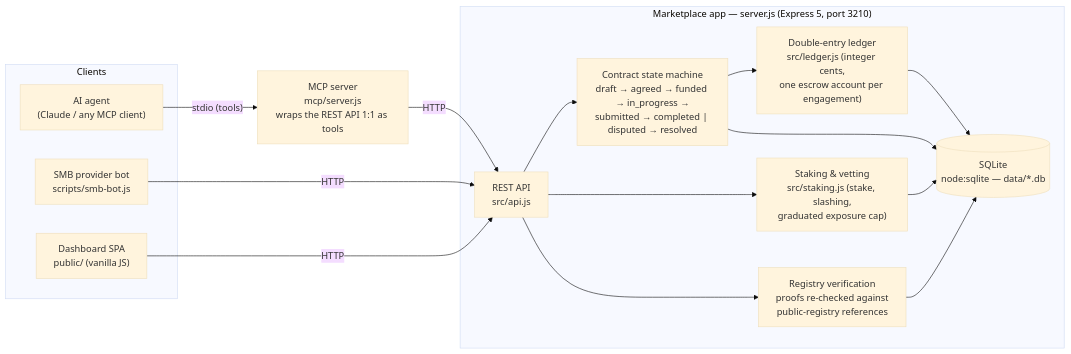
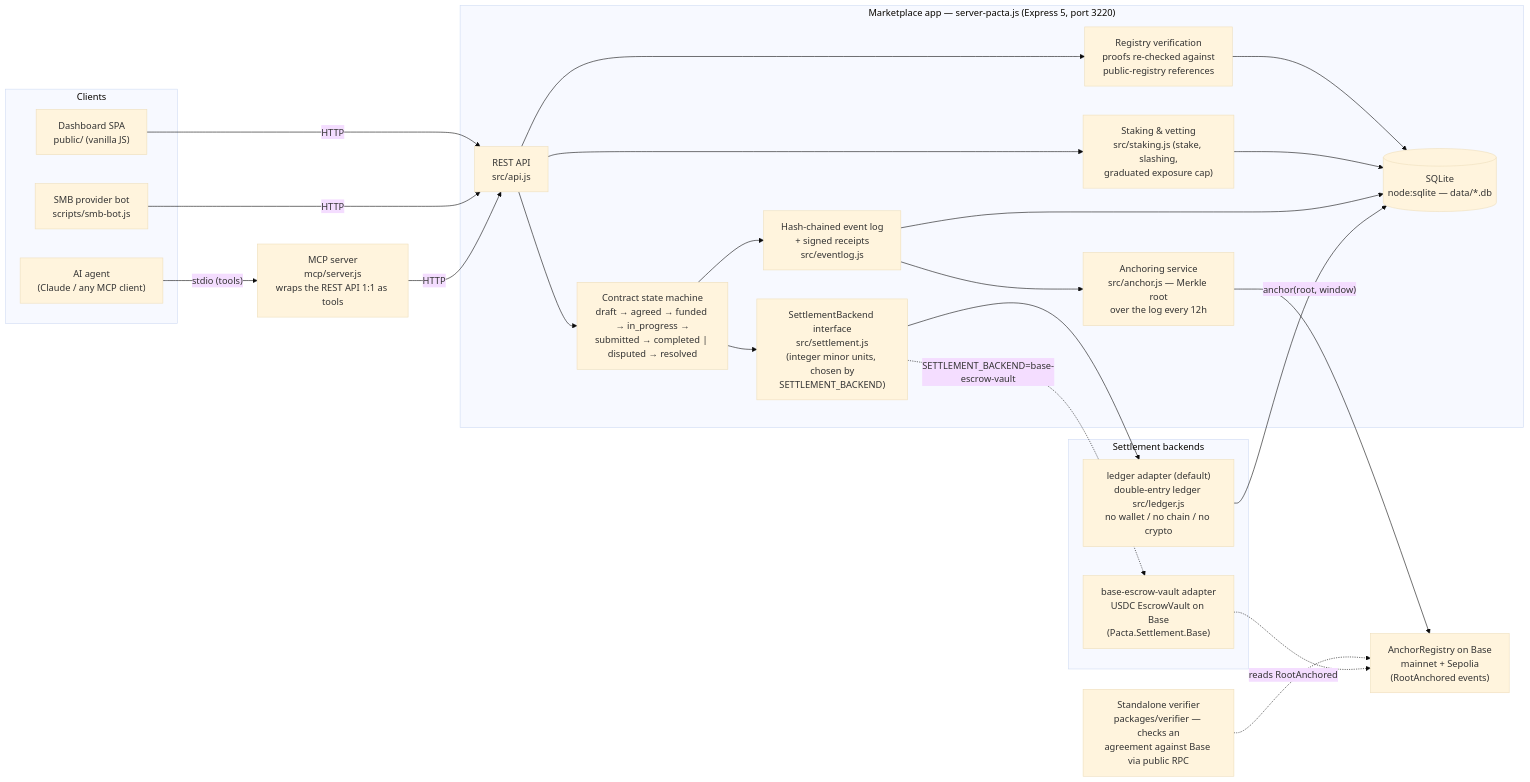
Before and after one commit to Pacta-Protocol/Pacta.Protocol: the diagram in README.md, drawn with Mermaid (base theme). The commit also changed other lines of this file, not shown here.

Commit message:
docs: update architecture diagram for settlement interface + Base anchoring
Reflect the current architecture: money moves through the SettlementBackend
interface (ledger default + base-escrow-vault adapter), the hash-chained event log
is anchored to the AnchorRegistry on Base every 12h, and a standalone verifier
checks agreements against Base via a public RPC. Fix the app port (3220).

````diff
--- a/README.md
+++ b/README.md
@@ -22,32 +22,49 @@
 ```mermaid
 flowchart LR
     subgraph Clients
         AGENT["AI agent<br/>(Claude / any MCP client)"]
         BOT["SMB provider bot<br/>scripts/smb-bot.js"]
         SPA["Dashboard SPA<br/>public/ (vanilla JS)"]
     end
 
     MCP["MCP server<br/>mcp/server.js<br/>wraps the REST API 1:1 as tools"]
 
-    subgraph APP["Marketplace app — server.js (Express 5, port 3210)"]
+    subgraph APP["Marketplace app — server-pacta.js (Express 5, port 3220)"]
         API["REST API<br/>src/api.js"]
         SM["Contract state machine<br/>draft → agreed → funded → in_progress →<br/>submitted → completed | disputed → resolved"]
-        LEDGER["Double-entry ledger<br/>src/ledger.js (integer cents,<br/>one escrow account per engagement)"]
+        SETTLE["SettlementBackend interface<br/>src/settlement.js<br/>(integer minor units, chosen by<br/>SETTLEMENT_BACKEND)"]
         STAKE["Staking & vetting<br/>src/staking.js (stake, slashing,<br/>graduated exposure cap)"]
         REG["Registry verification<br/>proofs re-checked against<br/>public-registry references"]
+        LOG["Hash-chained event log<br/>+ signed receipts<br/>src/eventlog.js"]
+        ANCHORSVC["Anchoring service<br/>src/anchor.js — Merkle root<br/>over the log every 12h"]
         DB[("SQLite<br/>node:sqlite — data/*.db")]
     end
+
+    subgraph Settlement backends
+        LEDGER["ledger adapter (default)<br/>double-entry ledger src/ledger.js<br/>no wallet / no chain / no crypto"]
+        VAULT["base-escrow-vault adapter<br/>USDC EscrowVault on Base<br/>(Pacta.Settlement.Base)"]
+    end
+
+    BASE["AnchorRegistry on Base<br/>mainnet + Sepolia<br/>(RootAnchored events)"]
+    VERIFIER["Standalone verifier<br/>packages/verifier — checks an<br/>agreement against Base via public RPC"]
 
     AGENT -->|"stdio (tools)"| MCP
     MCP -->|HTTP| API
     BOT -->|HTTP| API
     SPA -->|HTTP| API
     API --> SM
     API --> STAKE
     API --> REG
-    SM --> LEDGER
+    SM --> SETTLE
+    SETTLE --> LEDGER
+    SETTLE -.->|"SETTLEMENT_BACKEND=base-escrow-vault"| VAULT
     LEDGER --> DB
-    SM --> DB
+    SM --> LOG
+    LOG --> DB
     STAKE --> DB
     REG --> DB
+    LOG --> ANCHORSVC
+    ANCHORSVC -->|"anchor(root, window)"| BASE
+    VAULT -.-> BASE
+    VERIFIER -.->|"reads RootAnchored"| BASE
 ```
````
